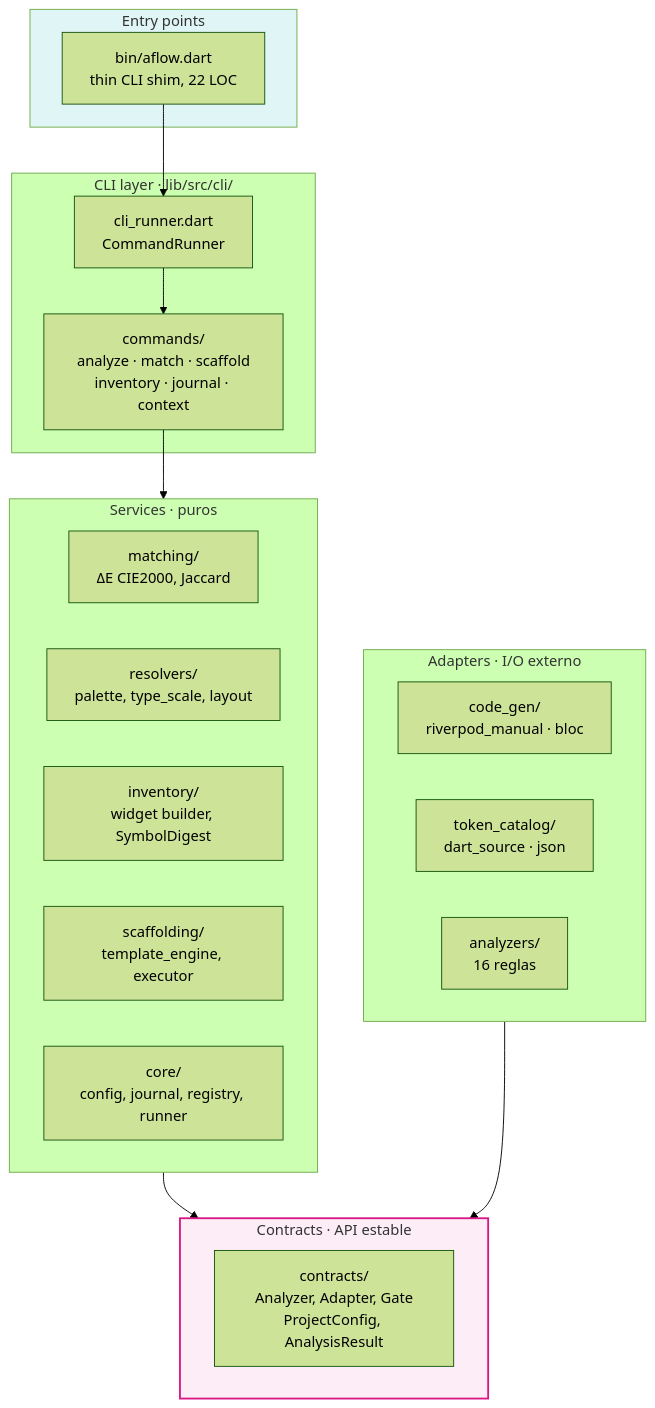
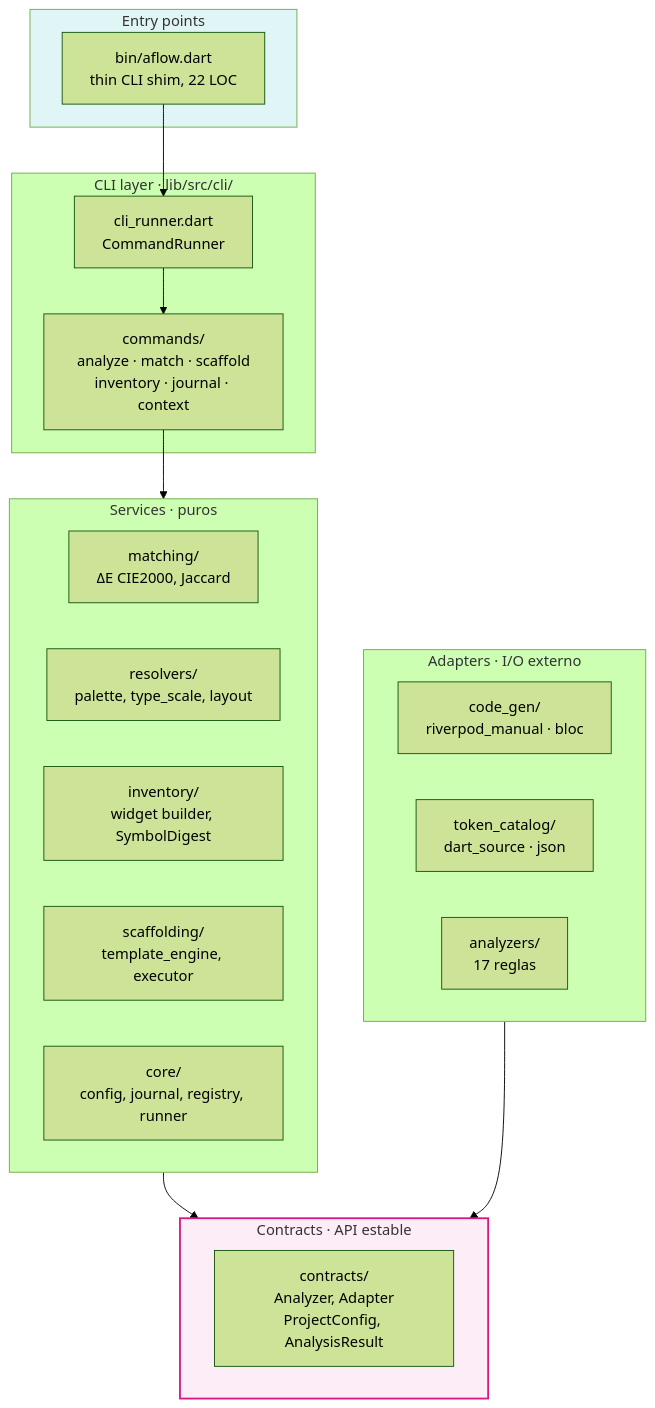
The second of 9 diagrams in docs/PROJECT_WALKTHROUGH.md (GuzCabQ/alea-flow), drawn with Mermaid (forest theme) before and after one commit. The commit also changed other lines of this file and 167 other files, not shown here.

First line of the commit message:
release: v0.1.1 — init/config, analyzer remediation, html report, command install, graph via dart_source_graph

````diff
--- a/docs/PROJECT_WALKTHROUGH.md
+++ b/docs/PROJECT_WALKTHROUGH.md
@@ -54,38 +54,38 @@
 ```mermaid
 flowchart TB
     subgraph entry[Entry points]
         bin[bin/aflow.dart<br/>thin CLI shim, 22 LOC]
     end
 
     subgraph cli[CLI layer · lib/src/cli/]
         runner[cli_runner.dart<br/>CommandRunner]
         cmd[commands/<br/>analyze · match · scaffold<br/>inventory · journal · context]
     end
 
     subgraph services[Services · puros]
         match[matching/<br/>ΔE CIE2000, Jaccard]
         resolve[resolvers/<br/>palette, type_scale, layout]
         inv[inventory/<br/>widget builder, SymbolDigest]
         scaf[scaffolding/<br/>template_engine, executor]
         core[core/<br/>config, journal, registry, runner]
     end
 
     subgraph contracts_layer[Contracts · API estable]
-        contracts[contracts/<br/>Analyzer, Adapter, Gate<br/>ProjectConfig, AnalysisResult]
+        contracts[contracts/<br/>Analyzer, Adapter<br/>ProjectConfig, AnalysisResult]
     end
 
     subgraph adapters[Adapters · I/O externo]
         cg[code_gen/<br/>riverpod_manual · bloc]
         tc[token_catalog/<br/>dart_source · json]
-        ana[analyzers/<br/>16 reglas]
+        ana[analyzers/<br/>17 reglas]
     end
 
     bin --> runner
     runner --> cmd
     cmd --> services
     services --> contracts_layer
     adapters --> contracts_layer
 
     style contracts_layer fill:#FCEDF6,stroke:#DA1884,stroke-width:2px
     style entry fill:#E0F5F5
 ```
````
